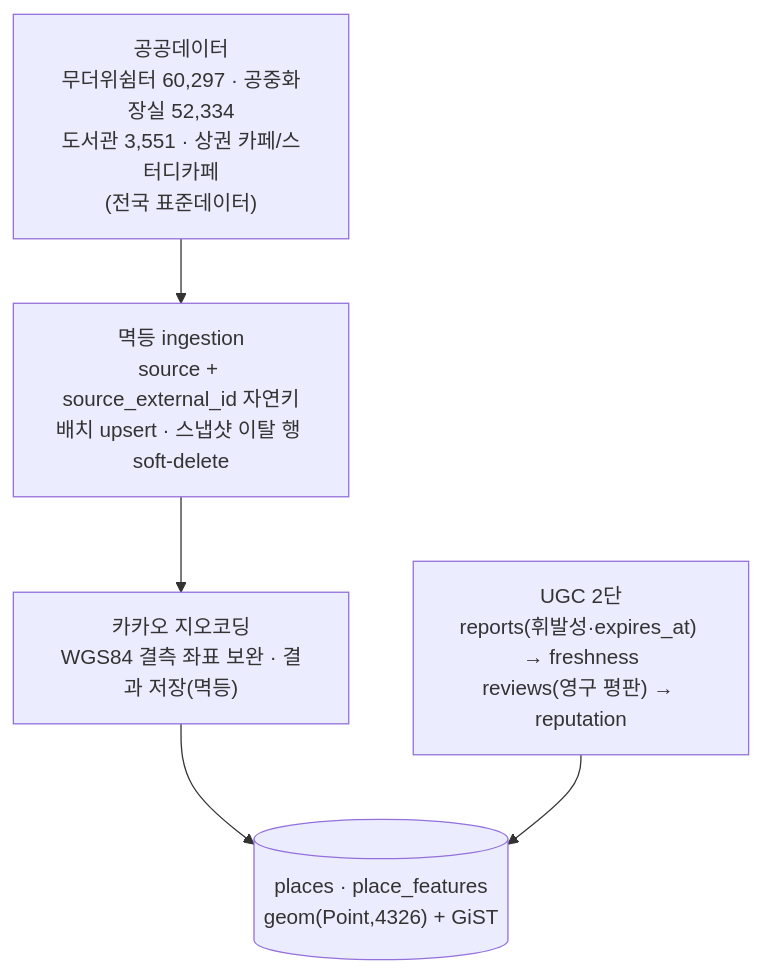
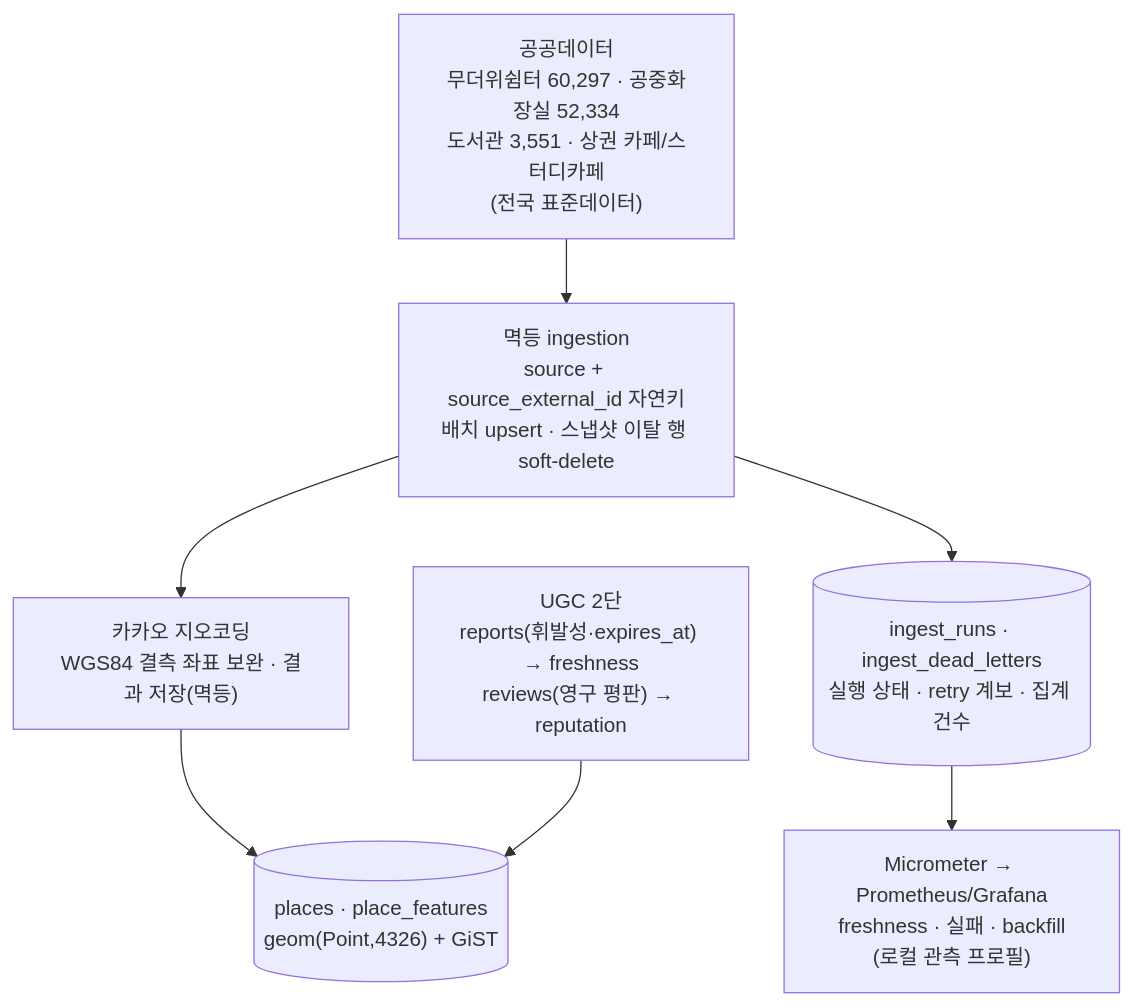
Before and after one commit to hoeongj/geuneul: the second of 3 diagrams in docs/architecture.md, drawn with Mermaid. The commit also changed other lines of this file and 49 other files, not shown here.

````diff
--- a/docs/architecture.md
+++ b/docs/architecture.md
@@ -59,11 +59,14 @@
 ```mermaid
 flowchart TB
   SRC["공공데이터<br/>무더위쉼터 60,297 · 공중화장실 52,334<br/>도서관 3,551 · 상권 카페/스터디카페<br/>(전국 표준데이터)"]
   ING["멱등 ingestion<br/>source + source_external_id 자연키<br/>배치 upsert · 스냅샷 이탈 행 soft-delete"]
   GEO["카카오 지오코딩<br/>WGS84 결측 좌표 보완 · 결과 저장(멱등)"]
   PG[("places · place_features<br/>geom(Point,4326) + GiST")]
+  LEDGER[("ingest_runs · ingest_dead_letters<br/>실행 상태 · retry 계보 · 집계 건수")]
+  OBS["Micrometer → Prometheus/Grafana<br/>freshness · 실패 · backfill<br/>(로컬 관측 프로필)"]
   UGC["UGC 2단<br/>reports(휘발성·expires_at) → freshness<br/>reviews(영구 평판) → reputation"]
 
   SRC --> ING --> GEO --> PG
+  ING --> LEDGER --> OBS
   UGC --> PG
 ```
````
